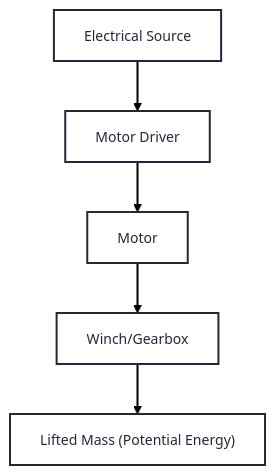
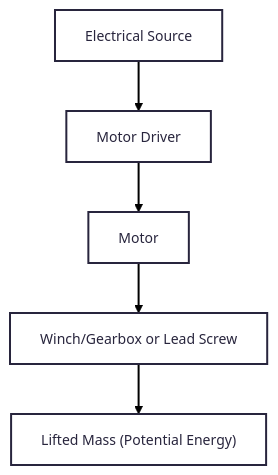
The first of 3 diagrams in Design.md (Chris-Trentman-25/Senior-Design-Project), drawn with Mermaid before and after one commit. The commit also changed other lines of this file, not shown here.

````diff
--- a/Design.md
+++ b/Design.md
@@ -58,12 +52,12 @@
 ```mermaid
 ---
 config:
       theme: redux
 ---
 flowchart TD
         A["Electrical Source"]
         A --> B["Motor Driver"]
         B --> C["Motor"]
-        C --> D["Winch/Gearbox"]
+        C --> D["Winch/Gearbox or Lead Screw"]
         D --> E["Lifted Mass (Potential Energy)"]
 ```
````
